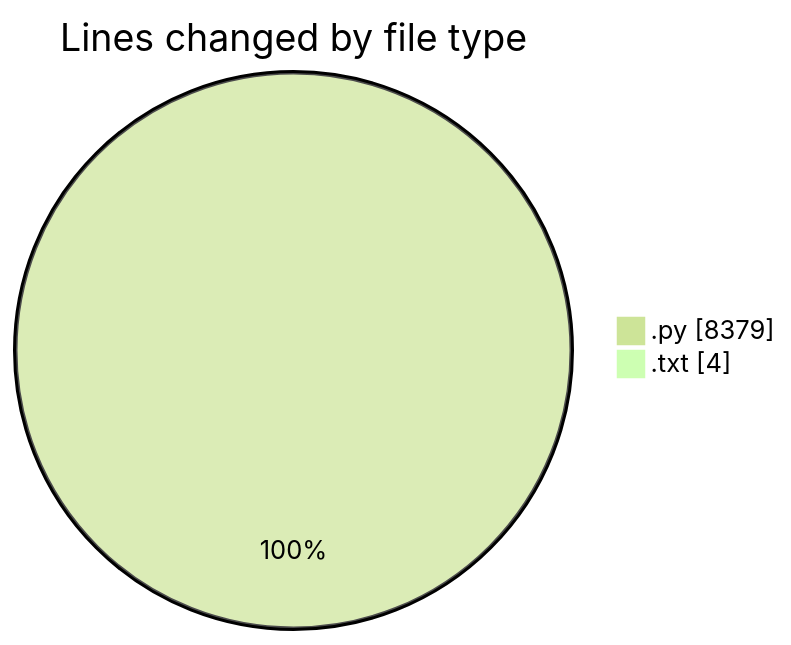
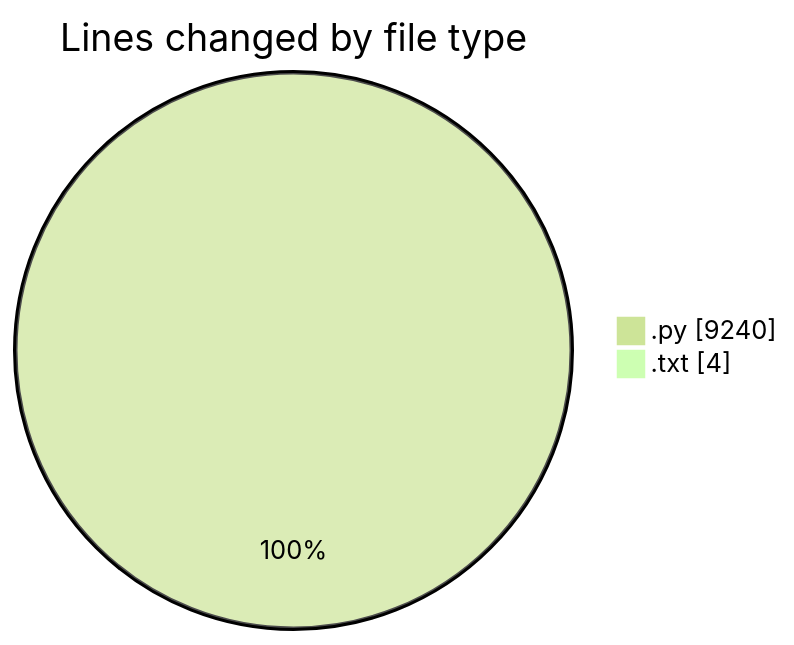
The first of 2 diagrams in 2025-06-01/video_app/README.md (CELIANVF/code-tracking), drawn with Mermaid (forest theme) before and after one commit. The commit also changed other lines of this file and 1 other file, not shown here.

````diff
--- a/2025-06-01/video_app/README.md
+++ b/2025-06-01/video_app/README.md
@@ -29,6 +29,6 @@
 ```mermaid
 pie showData
 title Lines changed by file type
-".py" : 8379
+".py" : 9240
 ".txt" : 4
 ```
````
